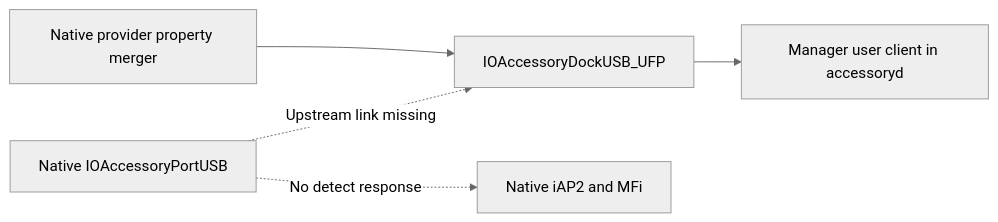
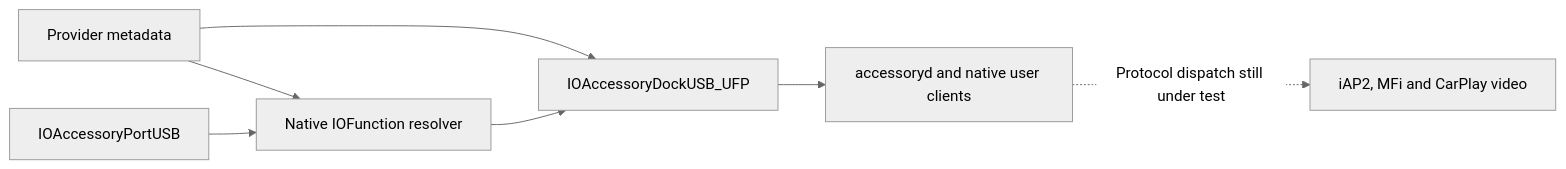
Before and after one commit to luka-dev/mib2q-carplay-rgi: the second of 2 diagrams in docs/wireless-carplay/VPHONE_LAB.md, drawn with Mermaid (neutral theme). The commit also changed other lines of this file and 4 other files, not shown here.

Commit message:
Wire native vphone dock-parent function and expose scoped stream experiments

````diff
--- a/docs/wireless-carplay/VPHONE_LAB.md
+++ b/docs/wireless-carplay/VPHONE_LAB.md
@@ -190,10 +207,12 @@
 ```mermaid
 flowchart LR
-    accTitle: Native accessory discovery checkpoint
-    accDescr: The scoped provider merger starts a real native accessory manager that accessoryd opens. The USB port is published, but its upstream relationship to the manager is missing and no iAP2 detect response has been received.
+    accTitle: Native accessory platform relationship
+    accDescr: Runtime provider metadata lets Apple's resolver build an IOFunction and locate the native manager. Accessoryd opens the USB port, but protocol selection and native iAP2 authentication remain unverified.
 
-    merger["Native provider property merger"] --> manager["IOAccessoryDockUSB_UFP"]
-    manager --> client["Manager user client in accessoryd"]
-    usb_port["Native IOAccessoryPortUSB"] -.->|"Upstream link missing"| manager
-    usb_port -.->|"No detect response"| iap["Native iAP2 and MFi"]
+    metadata["Provider metadata"] --> manager["IOAccessoryDockUSB_UFP"]
+    metadata --> function["Native IOFunction resolver"]
+    usb_port["IOAccessoryPortUSB"] --> function
+    function --> manager
+    manager --> daemon["accessoryd and native user clients"]
+    daemon -.->|"Protocol dispatch still under test"| iap["iAP2, MFi and CarPlay video"]
 ```
````
